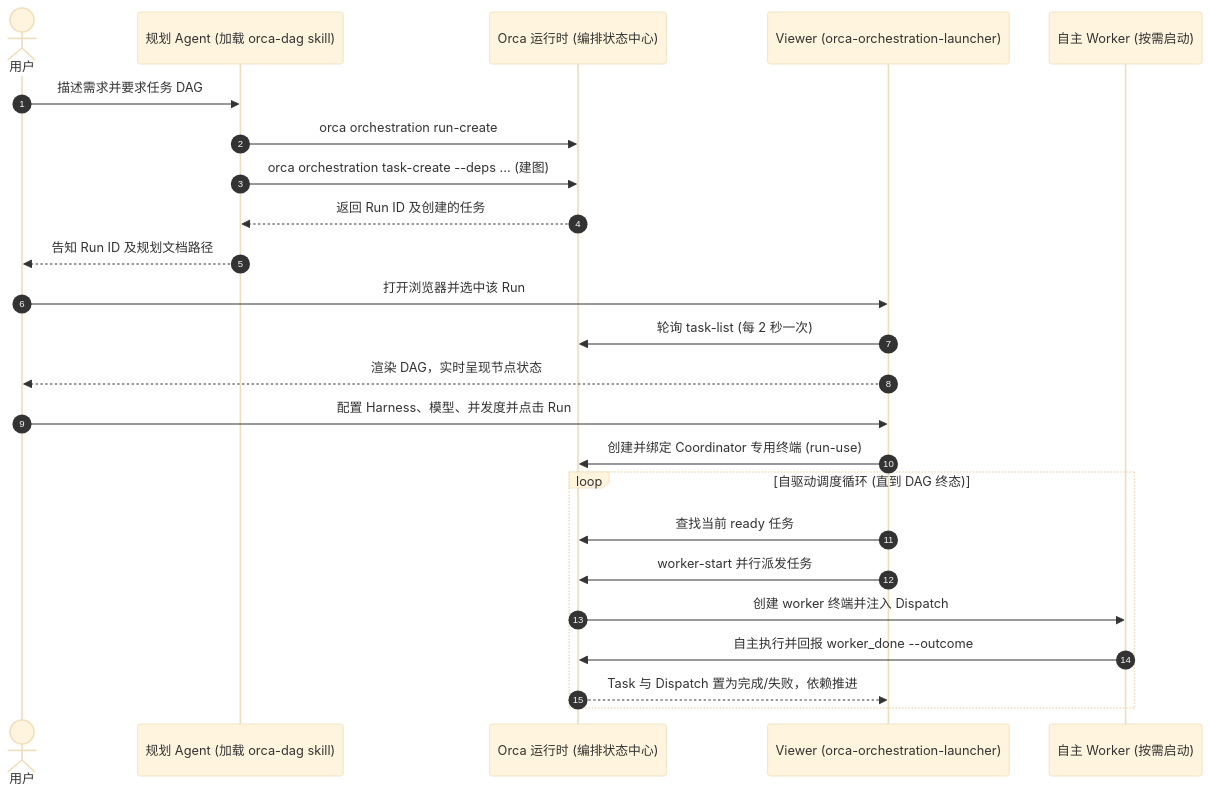
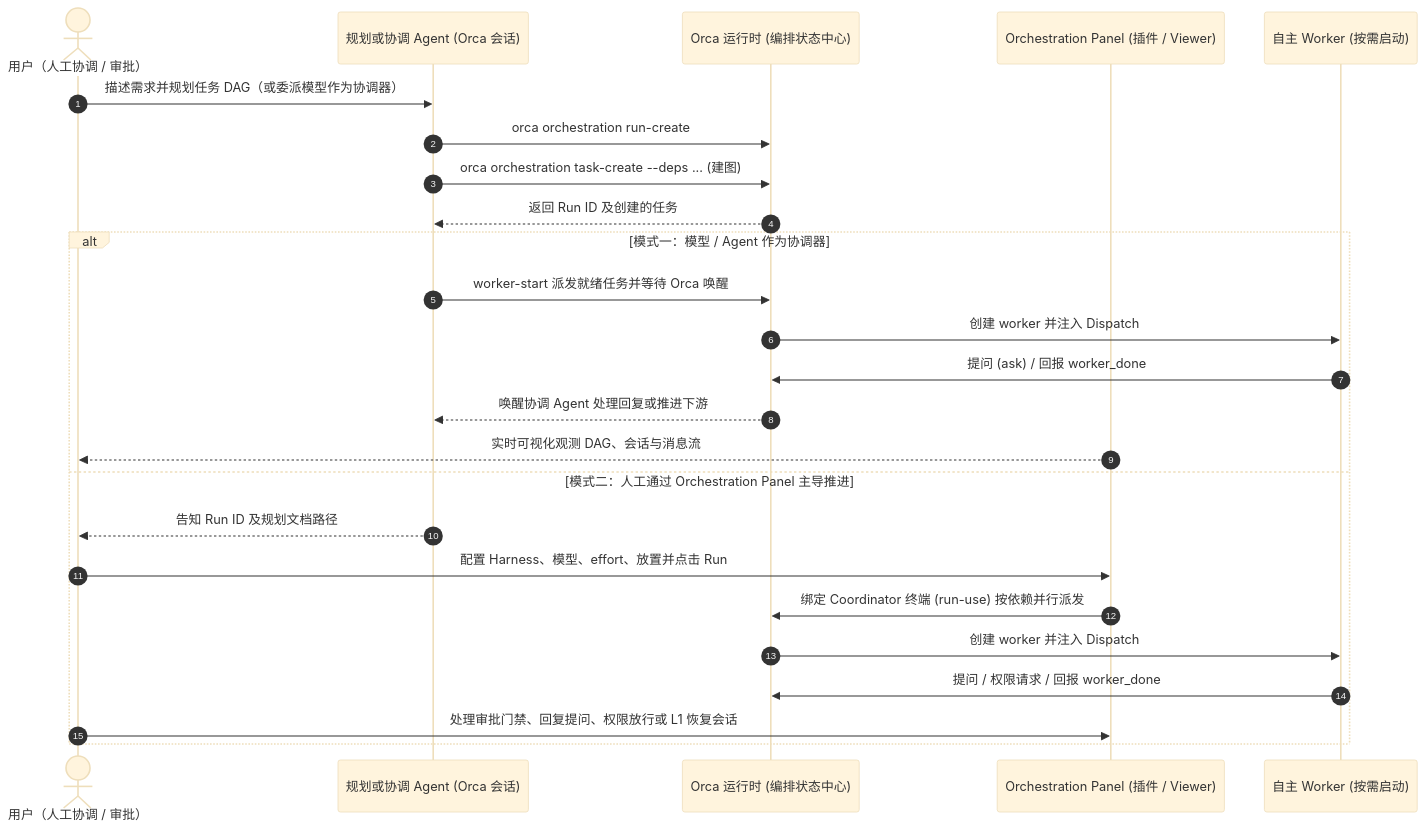
One commit to yyq19990828/Orca-dag changed the diagram in docs/reference/architecture_zh.md. Above: the diagram before and after it, drawn with Mermaid (base theme). The commit also changed other lines of this file and 39 other files, not shown here.

First line of the commit message:
feat(plugin,ui,docs): self-hosted plugin server, chat & empty-run UX polish, and updated skill/docs

````diff
--- a/docs/reference/architecture_zh.md
+++ b/docs/reference/architecture_zh.md
@@ -13,27 +22,28 @@
 ```mermaid
 sequenceDiagram
     autonumber
-    actor User as 用户
-    participant Agent as 规划 Agent (加载 orca-dag skill)
+    actor User as 用户（人工协调 / 审批）
+    participant Agent as 规划或协调 Agent (Orca 会话)
     participant Orca as Orca 运行时 (编排状态中心)
-    participant Viewer as Viewer (orca-orchestration-launcher)
+    participant Viewer as Orchestration Panel (插件 / Viewer)
     participant Worker as 自主 Worker (按需启动)
 
-    User->>Agent: 描述需求并要求任务 DAG
+    User->>Agent: 描述需求并规划任务 DAG（或委派模型作为协调器）
     Agent->>Orca: orca orchestration run-create
     Agent->>Orca: orca orchestration task-create --deps ... (建图)
     Orca-->>Agent: 返回 Run ID 及创建的任务
-    Agent-->>User: 告知 Run ID 及规划文档路径
-    User->>Viewer: 打开浏览器并选中该 Run
-    Viewer->>Orca: 轮询 task-list (每 2 秒一次)
-    Viewer-->>User: 渲染 DAG，实时呈现节点状态
-    User->>Viewer: 配置 Harness、模型、并发度并点击 Run
-    Viewer->>Orca: 创建并绑定 Coordinator 专用终端 (run-use)
-    loop 自驱动调度循环 (直到 DAG 终态)
-        Viewer->>Orca: 查找当前 ready 任务
-        Viewer->>Orca: worker-start 并行派发任务
-        Orca->>Worker: 创建 worker 终端并注入 Dispatch
-        Worker->>Orca: 自主执行并回报 worker_done --outcome
-        Orca-->>Viewer: Task 与 Dispatch 置为完成/失败，依赖推进
+    alt 模式一：模型 / Agent 作为协调器
+        Agent->>Orca: worker-start 派发就绪任务并等待 Orca 唤醒
+        Orca->>Worker: 创建 worker 并注入 Dispatch
+        Worker->>Orca: 提问 (ask) / 回报 worker_done
+        Orca-->>Agent: 唤醒协调 Agent 处理回复或推进下游
+        Viewer-->>User: 实时可视化观测 DAG、会话与消息流
+    else 模式二：人工通过 Orchestration Panel 主导推进
+        Agent-->>User: 告知 Run ID 及规划文档路径
+        User->>Viewer: 配置 Harness、模型、effort、放置并点击 Run
+        Viewer->>Orca: 绑定 Coordinator 终端 (run-use) 按依赖并行派发
+        Orca->>Worker: 创建 worker 并注入 Dispatch
+        Worker->>Orca: 提问 / 权限请求 / 回报 worker_done
+        User->>Viewer: 处理审批门禁、回复提问、权限放行或 L1 恢复会话
     end
 ```
````
